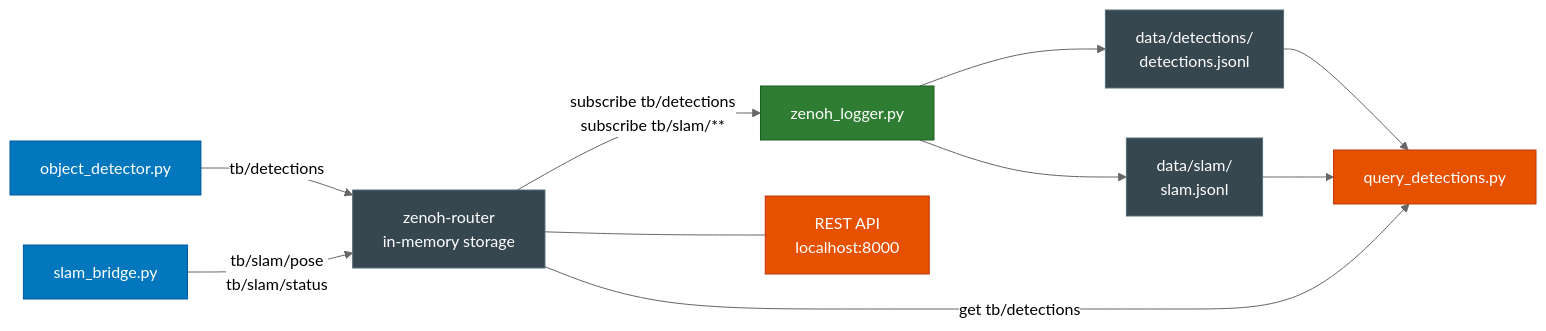
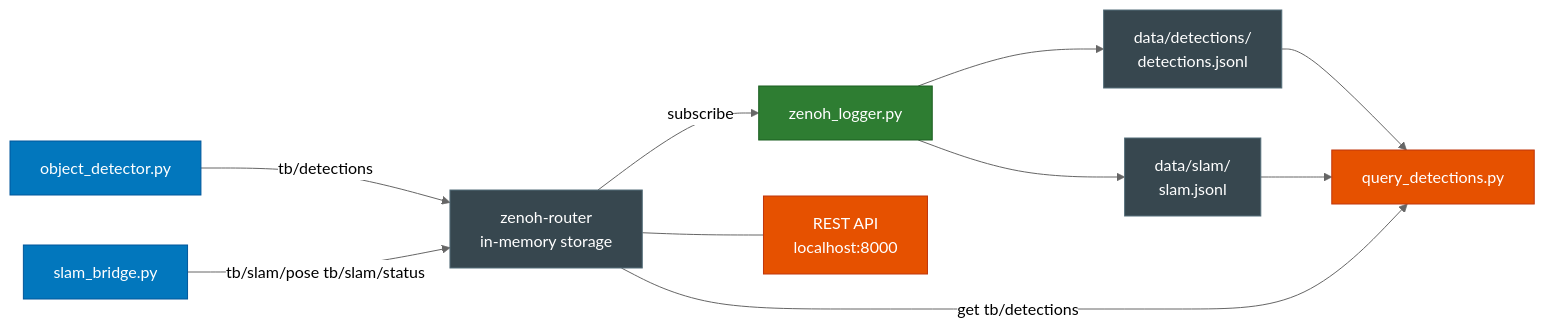
One commit to pantelis/turtlebot-maze changed the third of 5 diagrams in README.md. Above: the diagram before and after it, drawn with Mermaid (neutral theme). The commit also changed other lines of this file, not shown here.

Commit message:
docs: replace \n with <br/> in all Mermaid node labels
GitHub's Mermaid renderer does not parse \n inside node labels.
Replace all occurrences with <br/> across both the Data Recording
and Claude Code as Robot Operator diagrams.

````diff
--- a/README.md
+++ b/README.md
@@ -473,33 +473,33 @@
 ```mermaid
 graph LR
     classDef producer fill:#0277bd,stroke:#01579b,color:#fff
     classDef transport fill:#37474f,stroke:#546e7a,color:#fff
     classDef storage  fill:#2e7d32,stroke:#1b5e20,color:#fff
     classDef consumer fill:#e65100,stroke:#bf360c,color:#fff
     classDef file     fill:#37474f,stroke:#546e7a,color:#fff
 
     DET["object_detector.py"]
     SLB["slam_bridge.py"]
-    ZR["zenoh-router\nin-memory storage"]
+    ZR["zenoh-router<br/>in-memory storage"]
     LOG["zenoh_logger.py"]
-    FD["data/detections/\ndetections.jsonl"]
-    FS["data/slam/\nslam.jsonl"]
+    FD["data/detections/<br/>detections.jsonl"]
+    FS["data/slam/<br/>slam.jsonl"]
     QRY["query_detections.py"]
-    REST["REST API\nlocalhost:8000"]
+    REST["REST API<br/>localhost:8000"]
 
     DET -->|"tb/detections"| ZR
-    SLB -->|"tb/slam/pose\ntb/slam/status"| ZR
-    ZR -->|"subscribe tb/detections\nsubscribe tb/slam/**"| LOG
+    SLB -->|"tb/slam/pose tb/slam/status"| ZR
+    ZR -->|"subscribe"| LOG
     LOG --> FD
     LOG --> FS
     FD --> QRY
     FS --> QRY
     ZR -->|"get tb/detections"| QRY
     ZR --- REST
 
     class DET,SLB producer
     class ZR transport
     class LOG storage
     class FD,FS file
     class QRY,REST consumer
 ```
````
